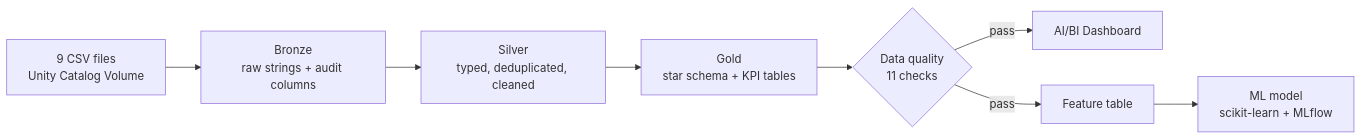
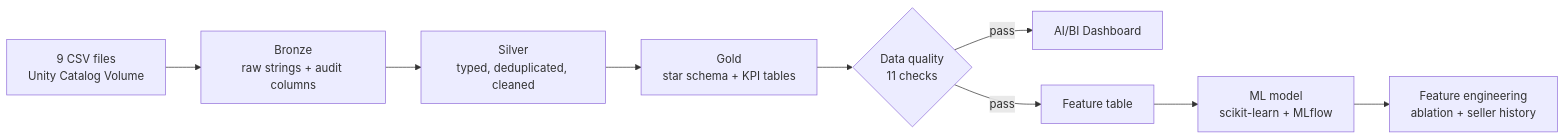
The first of 2 diagrams in README.md (nmz325/olist-medallion-databricks), drawn with Mermaid before and after one commit. The commit also changed other lines of this file and 2 other files, not shown here.

````diff
--- a/README.md
+++ b/README.md
@@ -13,10 +13,11 @@
 ```mermaid
 flowchart LR
     A[9 CSV files<br/>Unity Catalog Volume] --> B[Bronze<br/>raw strings + audit columns]
     B --> C[Silver<br/>typed, deduplicated, cleaned]
     C --> D[Gold<br/>star schema + KPI tables]
     D --> Q{Data quality<br/>11 checks}
     Q -->|pass| E[AI/BI Dashboard]
     Q -->|pass| F[Feature table]
     F --> G[ML model<br/>scikit-learn + MLflow]
+    G --> H[Feature engineering<br/>ablation + seller history]
 ```
````
